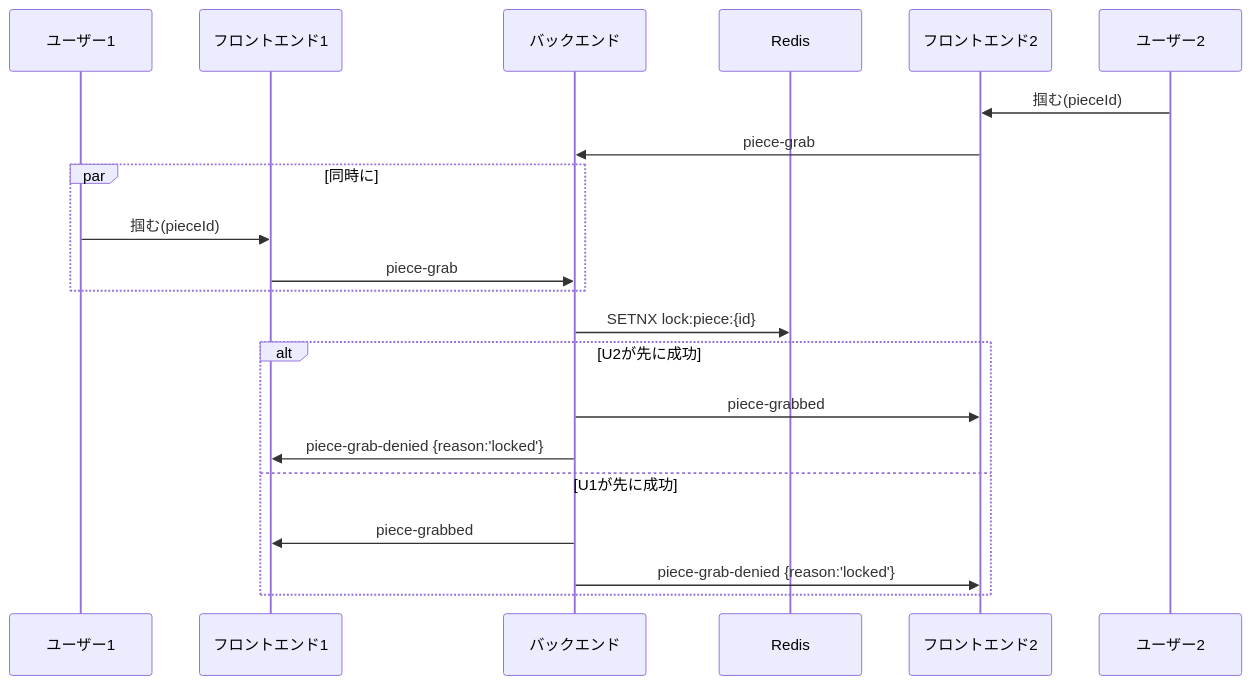
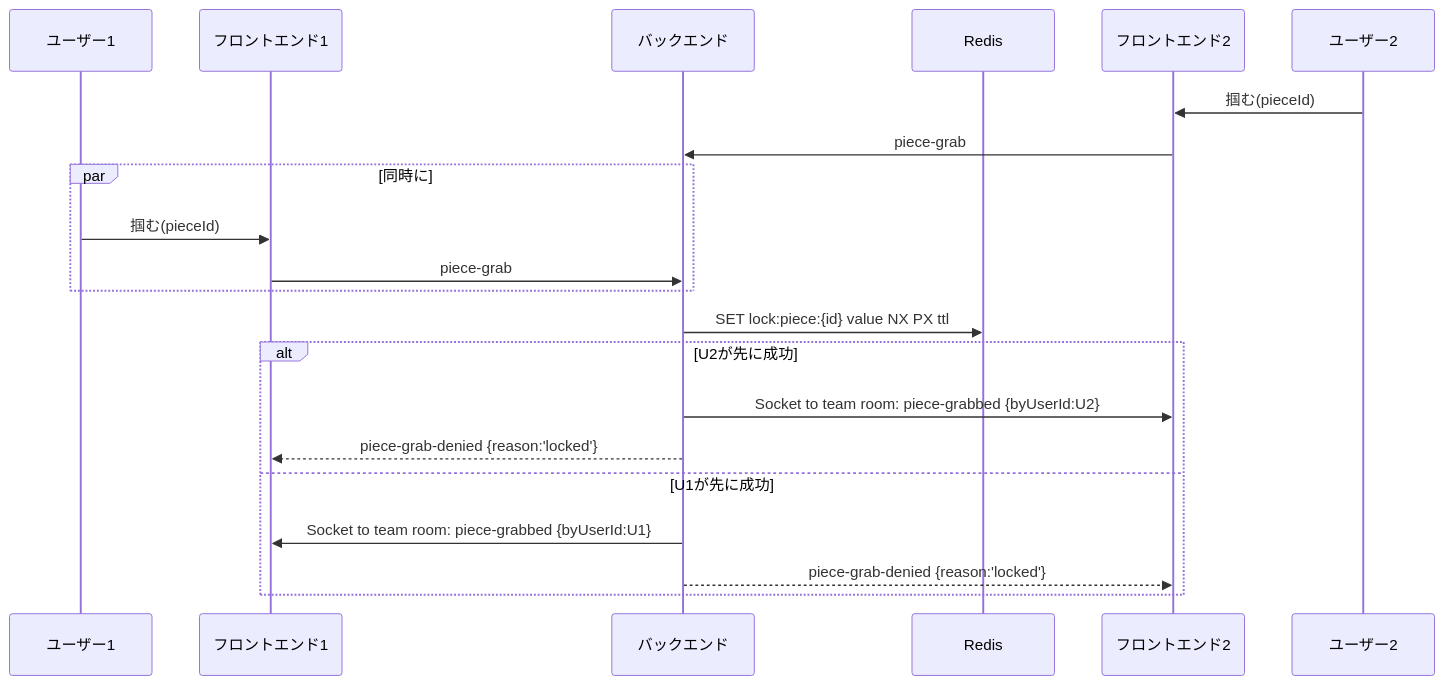
One commit to kotek-7/minpuzz changed the diagram in docs/in-game/sequence-in-game-conflict.mmd. Above: the diagram before and after it, drawn with Mermaid. The commit also changed other lines of this file and 6 other files, not shown here.

```diff
--- a/docs/in-game/sequence-in-game-conflict.mmd
+++ b/docs/in-game/sequence-in-game-conflict.mmd
@@ -1,25 +1,25 @@
 %%{init: {'theme':'default', 'themeVariables': {'primaryColor': '#4f46e5', 'primaryTextColor': '#fff', 'primaryBorderColor': '#3730a3', 'lineColor': '#374151', 'secondaryColor': '#e5e7eb', 'tertiaryColor': '#f3f4f6'}}}%%
 
 %% 同時掴み競合（相互排他）
 sequenceDiagram
     participant U1 as ユーザー1
     participant F1 as フロントエンド1
     participant B as バックエンド
     participant R as Redis
     participant F2 as フロントエンド2
     participant U2 as ユーザー2
 
     U2->>F2: 掴む(pieceId)
     F2->>B: piece-grab
     par 同時に
         U1->>F1: 掴む(pieceId)
         F1->>B: piece-grab
     end
-    B->>R: SETNX lock:piece:{id}
+    B->>R: SET lock:piece:{id} value NX PX ttl
     alt U2が先に成功
-        B->>F2: piece-grabbed
-        B->>F1: piece-grab-denied {reason:'locked'}
+        B->>F2: Socket to team room: piece-grabbed {byUserId:U2}
+        B-->>F1: piece-grab-denied {reason:'locked'}
     else U1が先に成功
-        B->>F1: piece-grabbed
-        B->>F2: piece-grab-denied {reason:'locked'}
+        B->>F1: Socket to team room: piece-grabbed {byUserId:U1}
+        B-->>F2: piece-grab-denied {reason:'locked'}
     end
```
